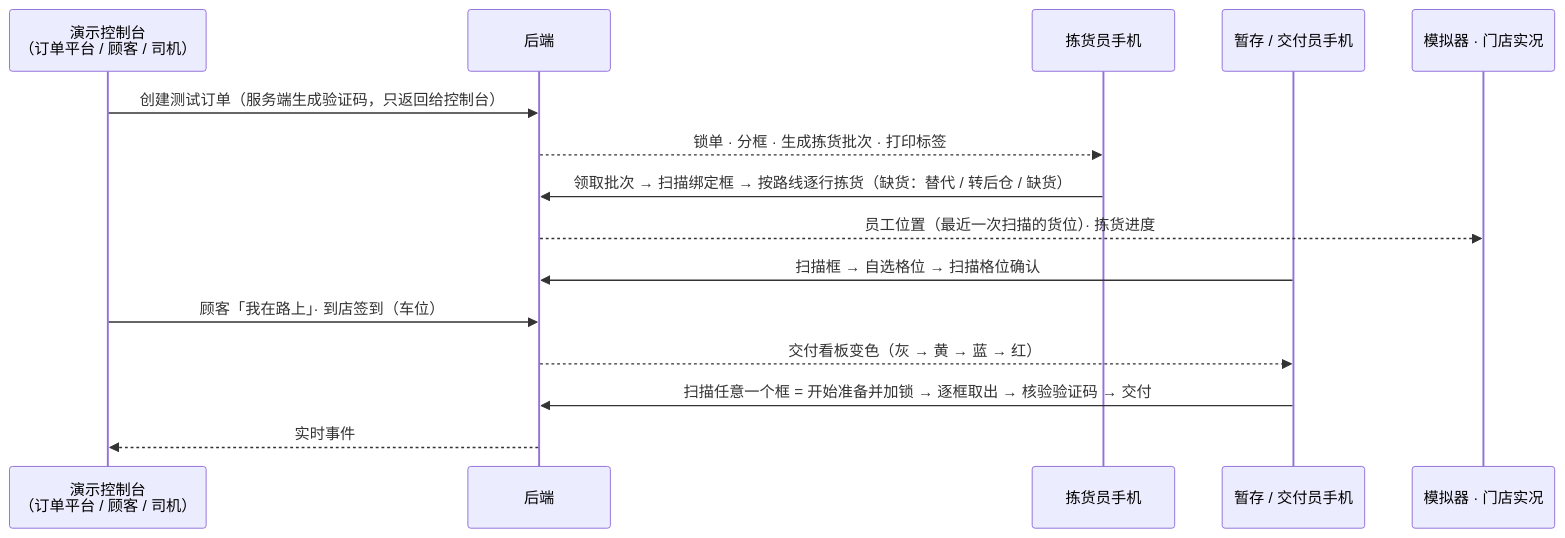
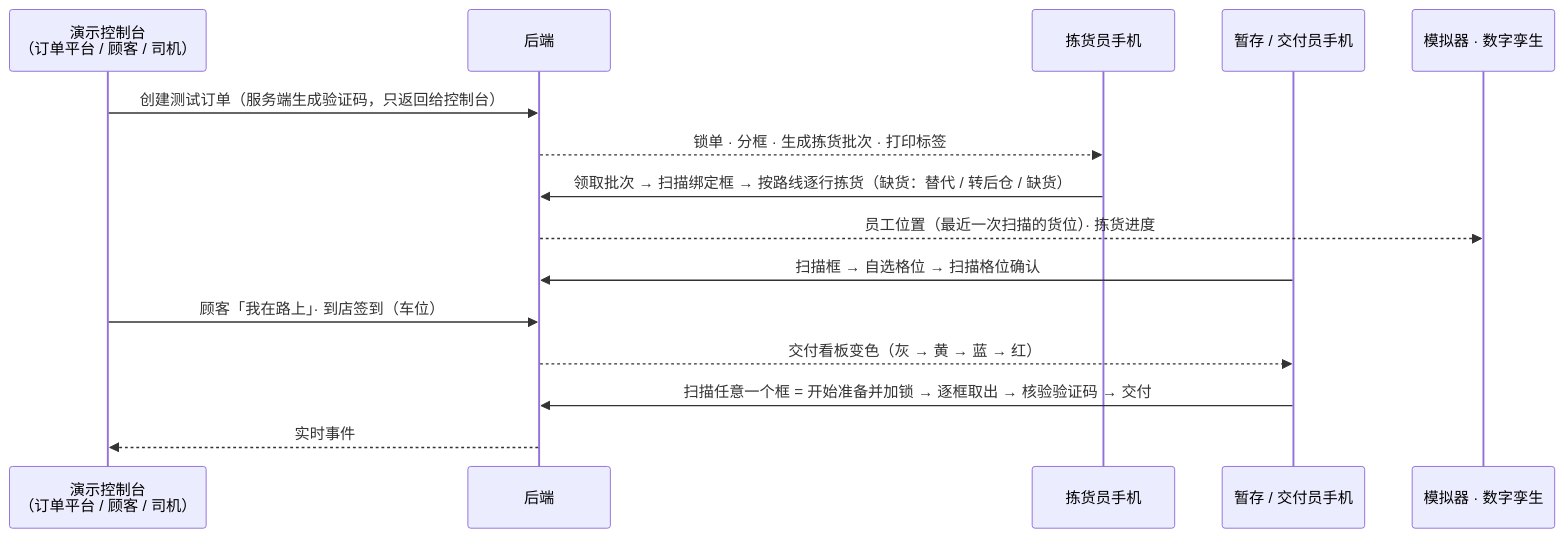
One commit to Glacieerr/storewright changed the first of 2 diagrams in docs/08-live-operations.md. Above: the diagram before and after it, drawn with Mermaid. The commit also changed other lines of this file and 404 other files, not shown here.

````diff
--- a/docs/08-live-operations.md
+++ b/docs/08-live-operations.md
@@ -14,17 +14,17 @@
 ```mermaid
 sequenceDiagram
   participant C as 演示控制台<br/>（订单平台 / 顾客 / 司机）
   participant S as 后端
   participant P as 拣货员手机
   participant G as 暂存 / 交付员手机
-  participant V as 模拟器 · 门店实况
+  participant V as 模拟器 · 数字孪生
   C->>S: 创建测试订单（服务端生成验证码，只返回给控制台）
   S-->>P: 锁单 · 分框 · 生成拣货批次 · 打印标签
   P->>S: 领取批次 → 扫描绑定框 → 按路线逐行拣货（缺货：替代 / 转后仓 / 缺货）
   S-->>V: 员工位置（最近一次扫描的货位）· 拣货进度
   G->>S: 扫描框 → 自选格位 → 扫描格位确认
   C->>S: 顾客「我在路上」· 到店签到（车位）
   S-->>G: 交付看板变色（灰 → 黄 → 蓝 → 红）
   G->>S: 扫描任意一个框 = 开始准备并加锁 → 逐框取出 → 核验验证码 → 交付
   S-->>C: 实时事件
 ```
````
